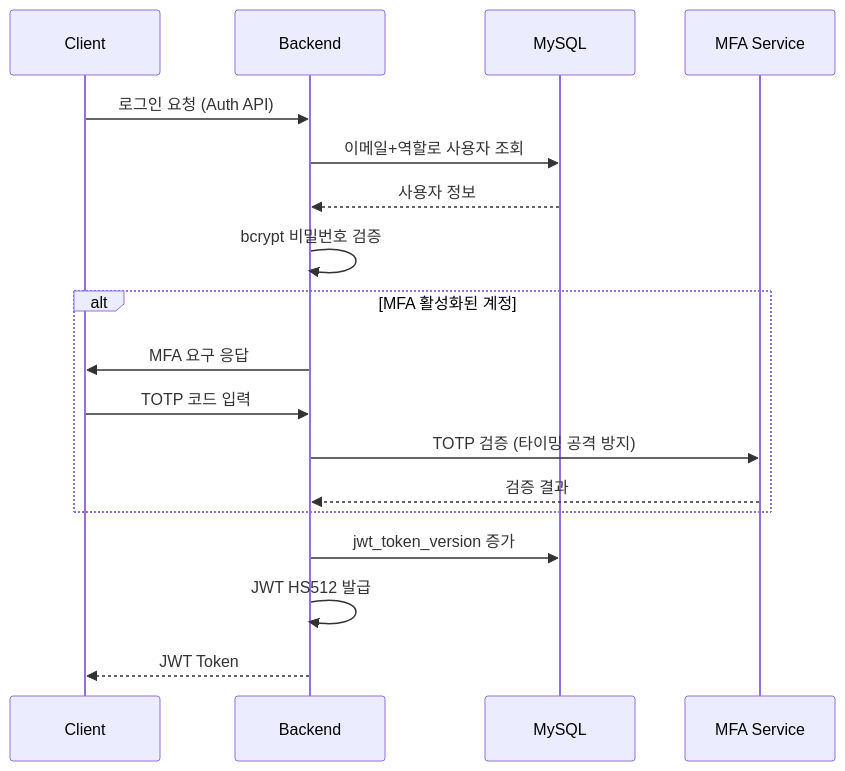
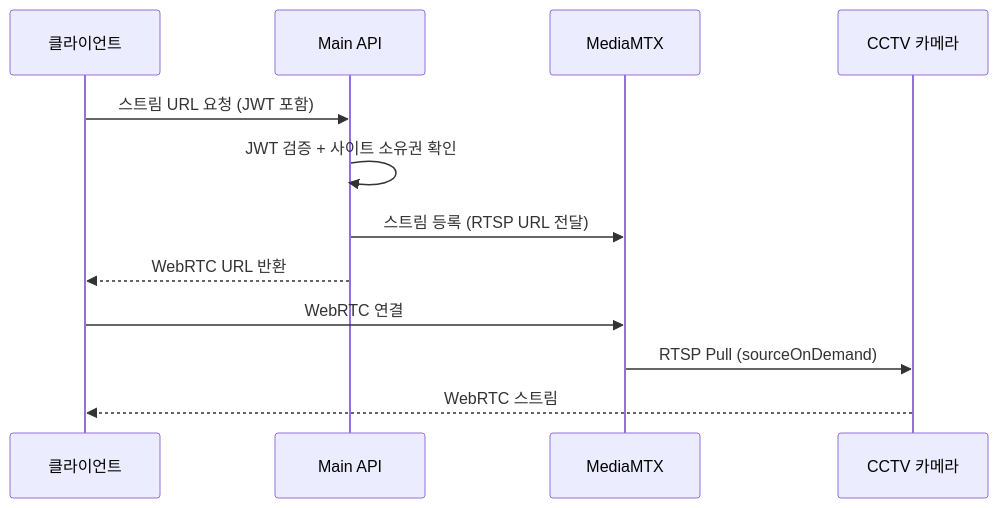
Diagram 15 of 16 in docs/ARCHITECTURE.md (1985jwlee/production-iot-backend), drawn with Mermaid before and after one commit. The commit also changed other lines of this file and 11 other files, not shown here.

````diff
--- a/docs/ARCHITECTURE.md
+++ b/docs/ARCHITECTURE.md
@@ -388,21 +648,15 @@
 ```mermaid
 sequenceDiagram
-    participant C as Client
-    participant B as Backend
-    participant M as MySQL
-    participant MFA as MFA Service
+    participant C as 클라이언트
+    participant A as Main API
+    participant M as MediaMTX
+    participant CAM as CCTV 카메라
 
-    C->>B: 로그인 요청 (Auth API)
-    B->>M: 이메일+역할로 사용자 조회
-    M-->>B: 사용자 정보
-    B->>B: bcrypt 비밀번호 검증
-    alt MFA 활성화된 계정
-        B->>C: MFA 요구 응답
-        C->>B: TOTP 코드 입력
-        B->>MFA: TOTP 검증 (타이밍 공격 방지)
-        MFA-->>B: 검증 결과
-    end
-    B->>M: jwt_token_version 증가
-    B->>B: JWT HS512 발급
-    B-->>C: JWT Token
+    C->>A: 스트림 URL 요청 (JWT 포함)
+    A->>A: JWT 검증 + 사이트 소유권 확인
+    A->>M: 스트림 등록 (RTSP URL 전달)
+    A-->>C: WebRTC URL 반환
+    C->>M: WebRTC 연결
+    M->>CAM: RTSP Pull (sourceOnDemand)
+    CAM-->>C: WebRTC 스트림
 ```
````
